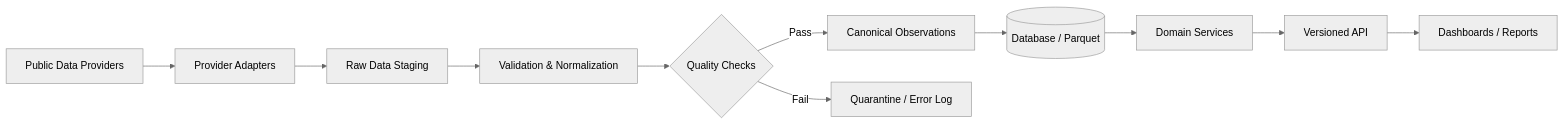
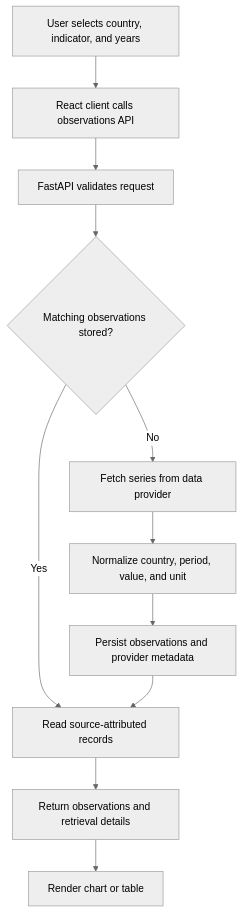
One commit to 409070349865/ECONOVA changed the second of 4 diagrams in README.md. Above: the diagram before and after it, drawn with Mermaid (neutral theme). The commit also changed other lines of this file, not shown here.

````diff
--- a/README.md
+++ b/README.md
@@ -400,13 +63,13 @@
-```mermaid
-flowchart LR
-    P[Public Data Providers] --> A[Provider Adapters]
-    A --> R[Raw Data Staging]
-    R --> V[Validation & Normalization]
-    V --> Q{Quality Checks}
-    Q -->|Pass| C[Canonical Observations]
-    Q -->|Fail| E[Quarantine / Error Log]
-    C --> S[(Database / Parquet)]
-    S --> D[Domain Services]
-    D --> API[Versioned API]
-    API --> UI[Dashboards / Reports]
-```
+~~~mermaid
+flowchart TD
+    A[User selects country, indicator, and years] --> B[React client calls observations API]
+    B --> C[FastAPI validates request]
+    C --> D{Matching observations stored?}
+    D -- Yes --> E[Read source-attributed records]
+    D -- No --> F[Fetch series from data provider]
+    F --> G[Normalize country, period, value, and unit]
+    G --> H[Persist observations and provider metadata]
+    H --> E
+    E --> I[Return observations and retrieval details]
+    I --> J[Render chart or table]
+~~~
````
